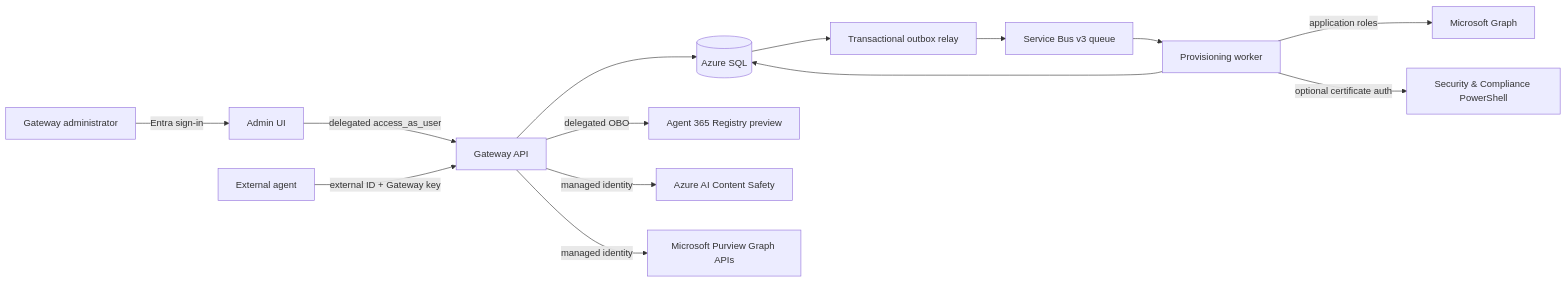
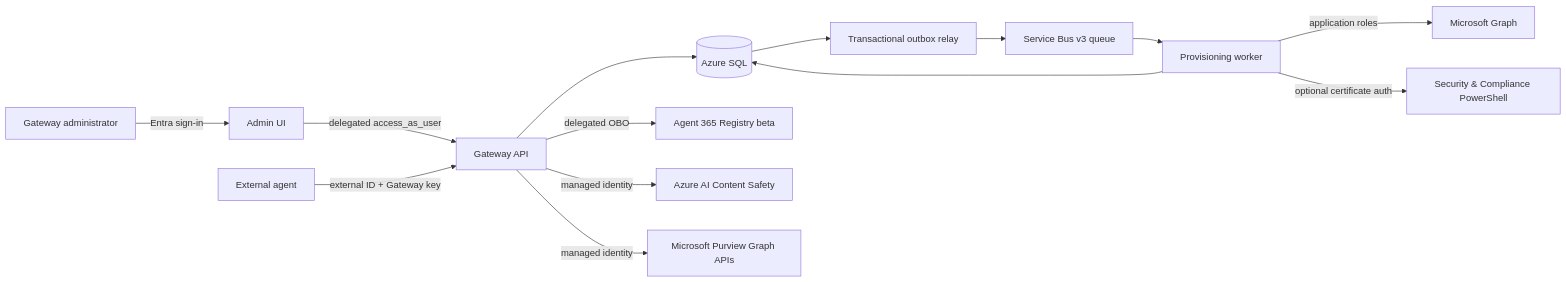
Before and after one commit to patrick-shim/a365-custom-gateway: the first of 4 diagrams in docs/architecture/system-architecture.md, drawn with Mermaid. The commit also changed other lines of this file and 44 other files, not shown here.

````diff
--- a/docs/architecture/system-architecture.md
+++ b/docs/architecture/system-architecture.md
@@ -14,16 +15,16 @@
 ```mermaid
 flowchart LR
     Operator[Gateway administrator] -->|Entra sign-in| Admin[Admin UI]
     Admin -->|delegated access_as_user| Api[Gateway API]
     External[External agent] -->|external ID + Gateway key| Api
     Api --> Sql[(Azure SQL)]
     Sql --> Relay[Transactional outbox relay]
     Relay --> Bus[Service Bus v3 queue]
     Bus --> Worker[Provisioning worker]
     Worker --> Sql
     Worker -->|application roles| Graph[Microsoft Graph]
-    Api -->|delegated OBO| Registry[Agent 365 Registry preview]
+    Api -->|delegated OBO| Registry[Agent 365 Registry beta]
     Api -->|managed identity| Shield[Azure AI Content Safety]
     Api -->|managed identity| Purview[Microsoft Purview Graph APIs]
     Worker -->|optional certificate auth| Compliance[Security & Compliance PowerShell]
 ```
````
